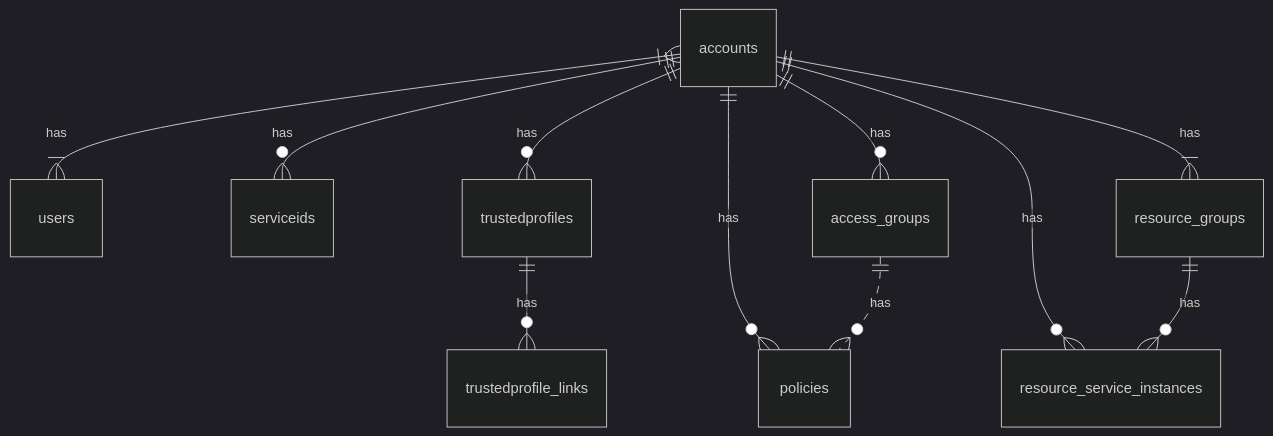
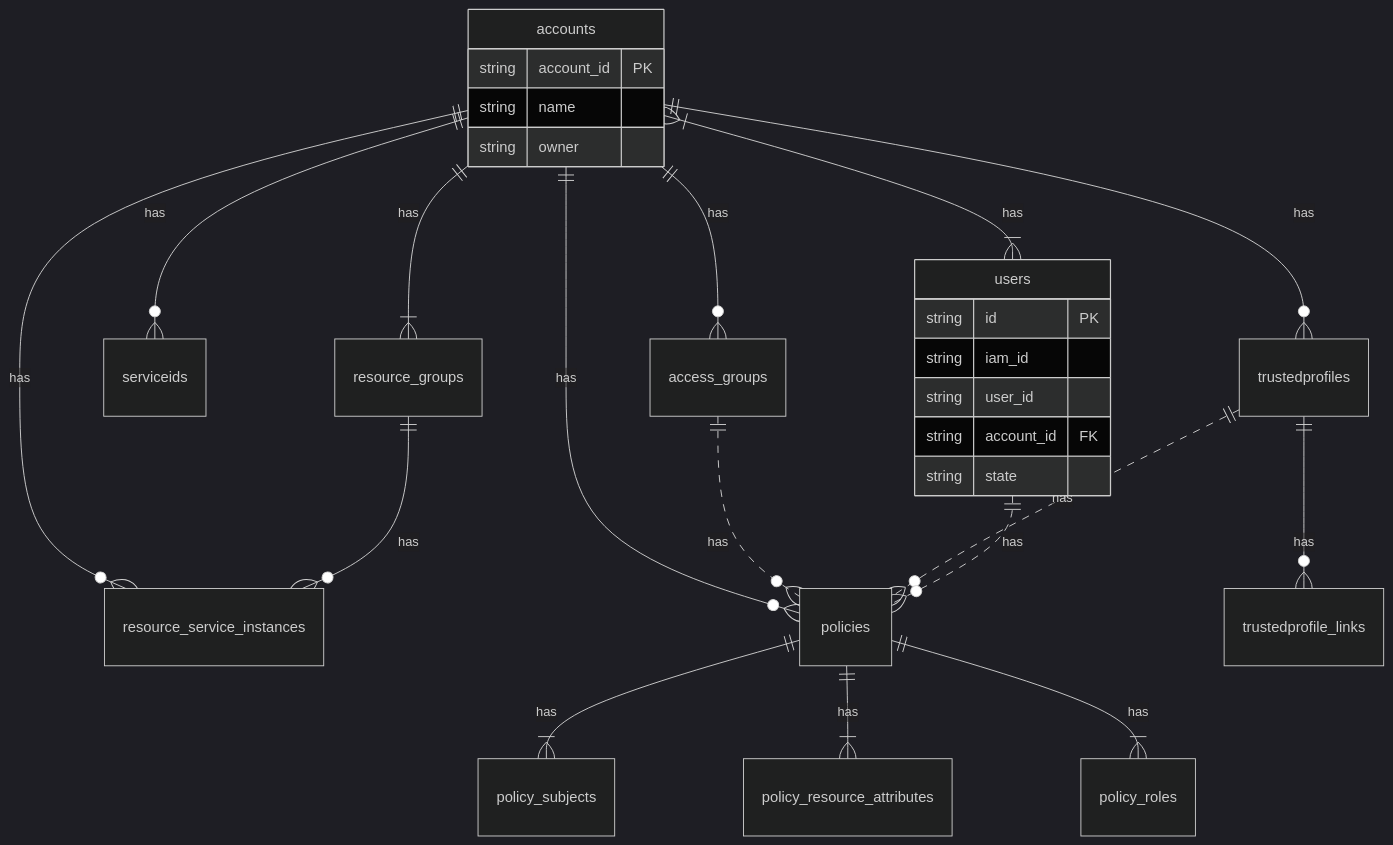
Before and after one commit to data-henrik/ibmcloud-access-management-analytics: the diagram in README.md, drawn with Mermaid (dark theme). The commit also changed 3 other files, not shown here.

````diff
--- a/README.md
+++ b/README.md
@@ -27,14 +27,32 @@
 ```mermaid
 erDiagram
     accounts }|--|{ users : has
     accounts ||--o{ serviceids : has
     accounts ||--o{ trustedprofiles : has
     accounts ||--o{ access_groups : has
     accounts ||--|{ resource_groups : has
     accounts ||--o{ resource_service_instances : has
     accounts ||--o{ policies : has
     access_groups ||..o{ policies : has
     resource_groups ||--o{ resource_service_instances : has
     trustedprofiles ||--o{ trustedprofile_links : has
+    trustedprofiles ||..o{ policies : has
+    users ||..o{ policies : has
+    policies ||--|{ policy_subjects : has
+    policies ||--|{ policy_resource_attributes : has
+    policies ||--|{ policy_roles : has
 
+    accounts {
+        string account_id PK
+        string name
+        string owner
+    }
+
+    users {
+        string id PK
+        string iam_id
+        string user_id
+        string account_id FK
+        string state
+    }
 ```
````
